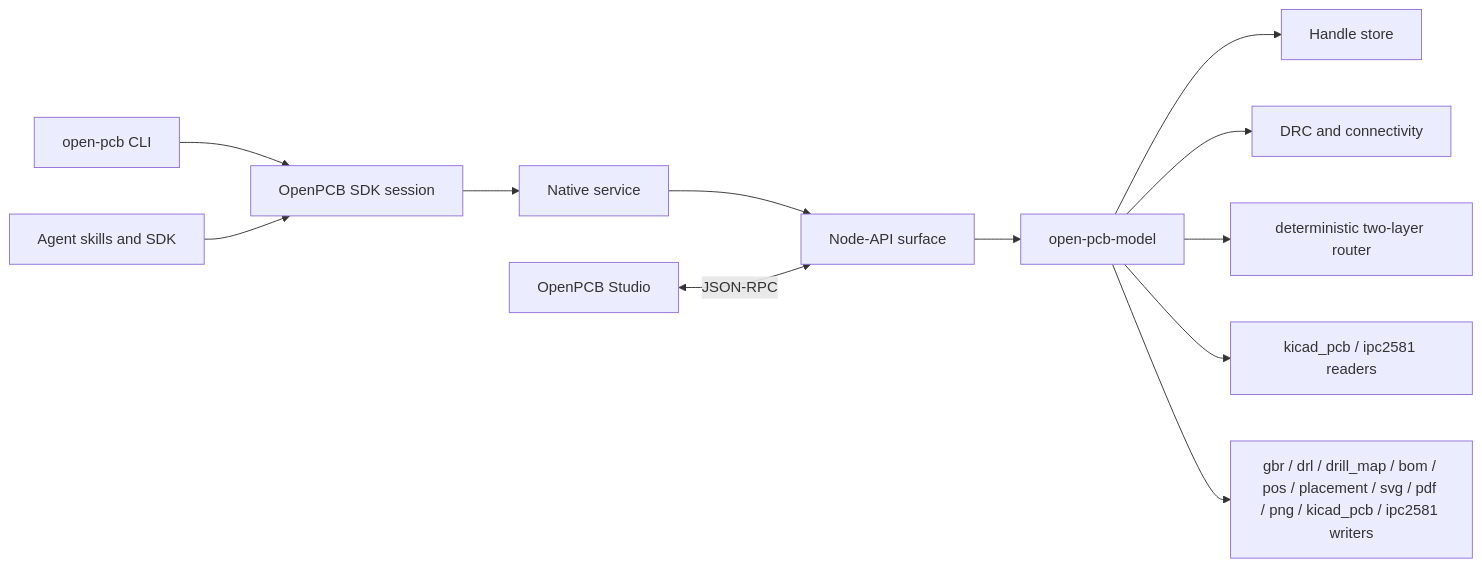
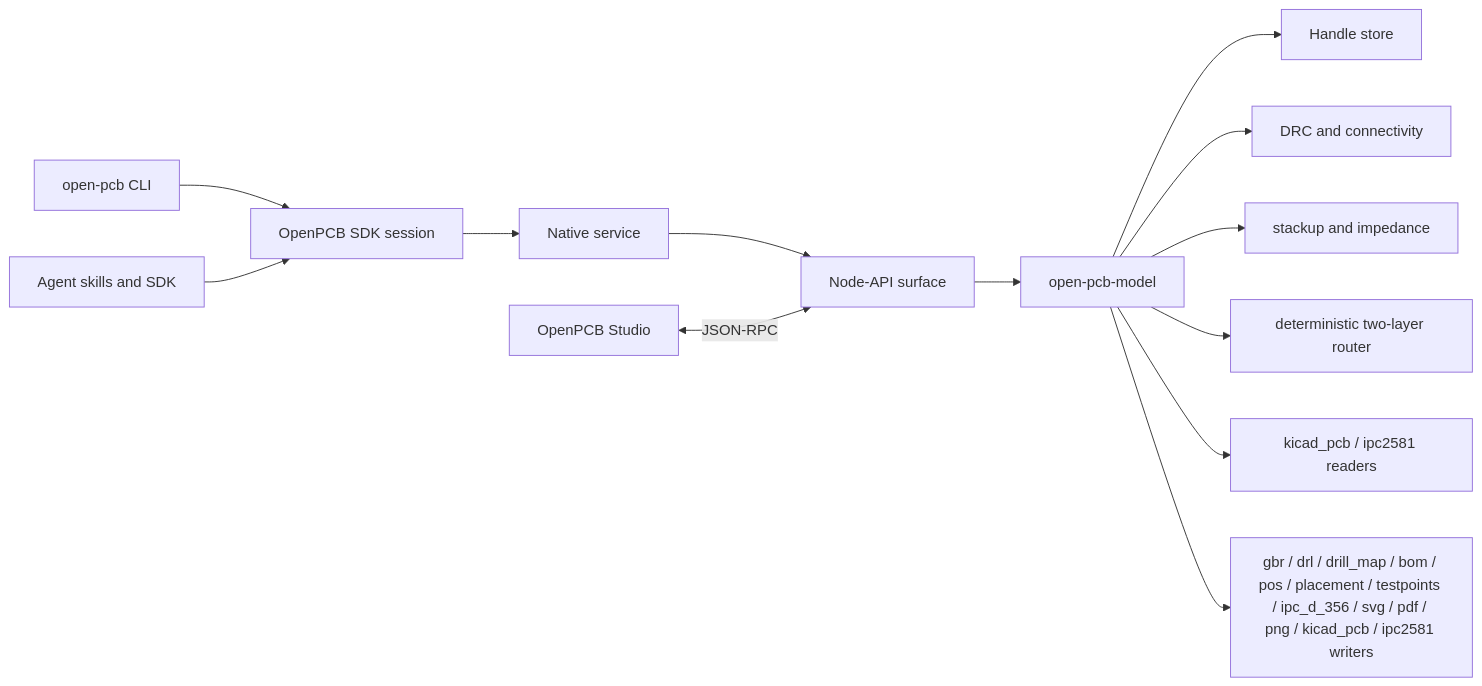
The diagram in readme.md (nyar-os/OpenPCB), drawn with Mermaid before and after one commit. The commit also changed other lines of this file and 2 other files, not shown here.

Commit message:
📝 Document stackup, IPC-D-356 and solder paste support

````diff
--- a/readme.md
+++ b/readme.md
@@ -247,14 +265,15 @@
 ```mermaid
 flowchart LR
     CLI["open-pcb CLI"] --> SDK["OpenPCB SDK session"]
     Skills["Agent skills and SDK"] --> SDK
     SDK --> Service["Native service"]
     Service --> NAPI["Node-API surface"]
     NAPI --> Model["open-pcb-model"]
     Studio["OpenPCB Studio"] <-->|"JSON-RPC"| NAPI
     Model --> Store["Handle store"]
     Model --> Checks["DRC and connectivity"]
+    Model --> Stackup["stackup and impedance"]
     Model --> Route["deterministic two-layer router"]
     Model --> Readers["kicad_pcb / ipc2581 readers"]
-    Model --> Writers["gbr / drl / drill_map / bom / pos / placement / svg / pdf / png / kicad_pcb / ipc2581 writers"]
+    Model --> Writers["gbr / drl / drill_map / bom / pos / placement / testpoints / ipc_d_356 / svg / pdf / png / kicad_pcb / ipc2581 writers"]
 ```
````
